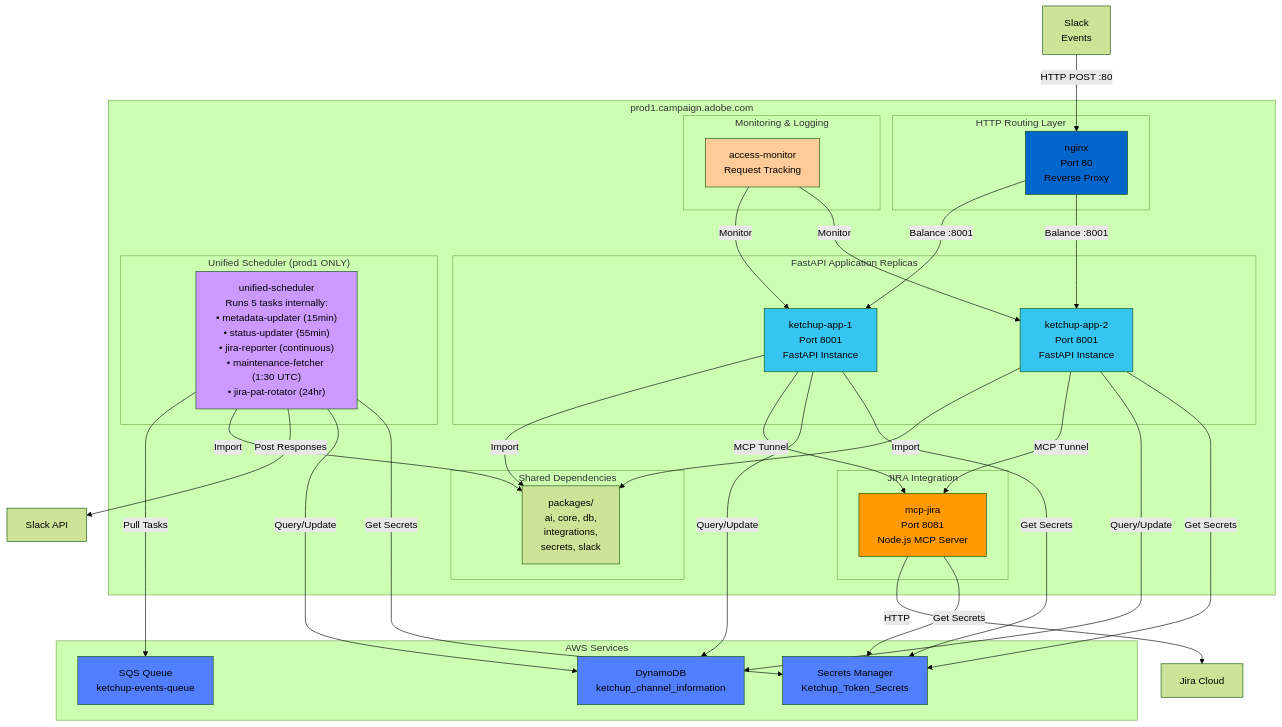
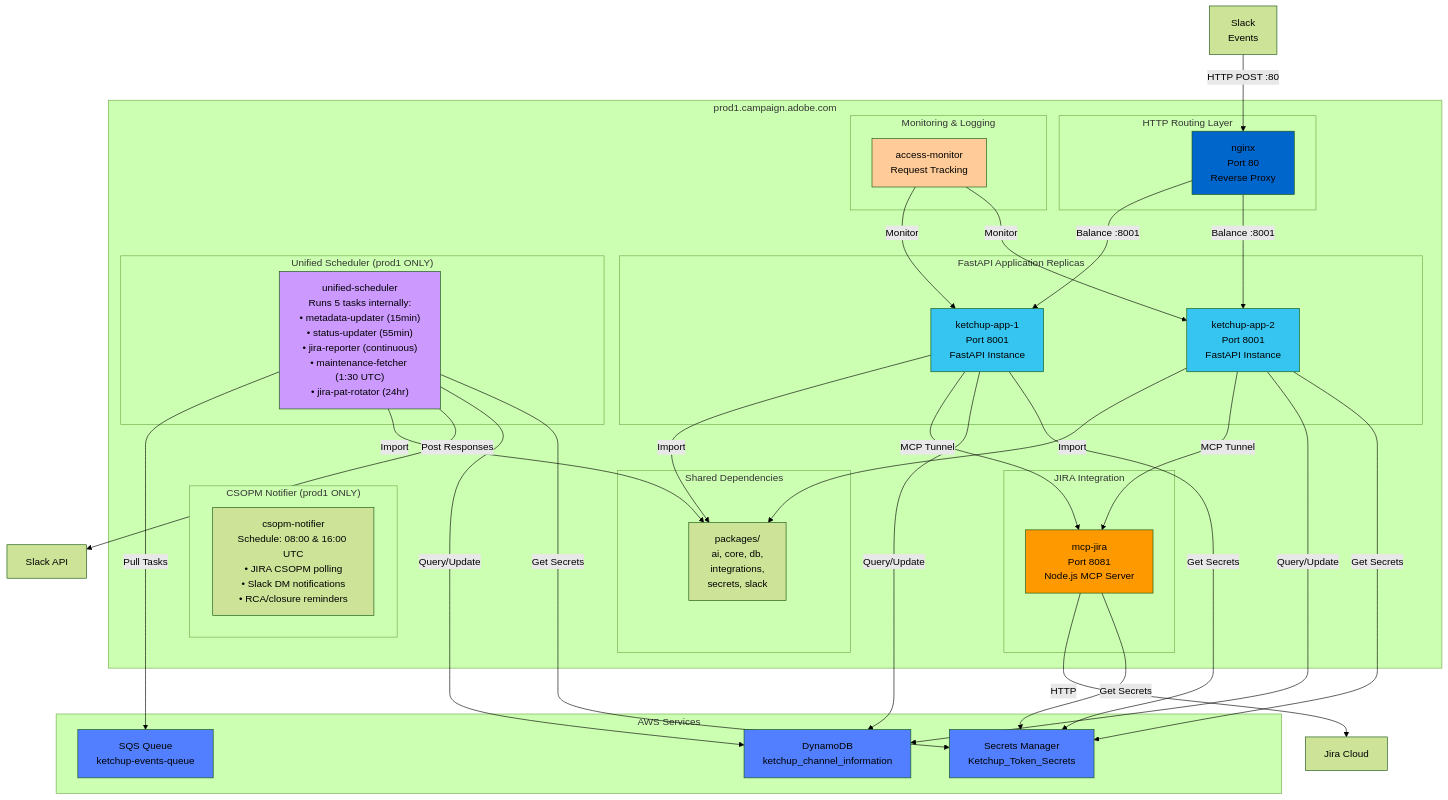
One commit to blueman82/mcp-exec changed the first of 5 diagrams in projects/ketchup/docs/diagrams/5-container-topology.md. Above: the diagram before and after it, drawn with Mermaid (forest theme).

Commit message:
Update documentation: 5-container-topology.md via Edit [2026-01-22 11:29]

````diff
--- a/projects/ketchup/docs/diagrams/5-container-topology.md
+++ b/projects/ketchup/docs/diagrams/5-container-topology.md
@@ -5,75 +5,79 @@
 ```mermaid
 graph TB
     subgraph "prod1.campaign.adobe.com"
         subgraph "HTTP Routing Layer"
             Nginx1["nginx<br/>Port 80<br/>Reverse Proxy"]
         end
 
         subgraph "FastAPI Application Replicas"
             App1["ketchup-app-1<br/>Port 8001<br/>FastAPI Instance"]
             App2["ketchup-app-2<br/>Port 8001<br/>FastAPI Instance"]
         end
 
         subgraph "JIRA Integration"
             MCP["mcp-jira<br/>Port 8081<br/>Node.js MCP Server"]
         end
 
         subgraph "Unified Scheduler (prod1 ONLY)"
             UnifiedScheduler["unified-scheduler<br/>Runs 5 tasks internally:<br/>• metadata-updater (15min)<br/>• status-updater (55min)<br/>• jira-reporter (continuous)<br/>• maintenance-fetcher (1:30 UTC)<br/>• jira-pat-rotator (24hr)"]
+        end
+
+        subgraph "CSOPM Notifier (prod1 ONLY)"
+            CSOPMNotifier["csopm-notifier<br/>Schedule: 08:00 & 16:00 UTC<br/>• JIRA CSOPM polling<br/>• Slack DM notifications<br/>• RCA/closure reminders"]
         end
 
         subgraph "Monitoring & Logging"
             AccessMonitor["access-monitor<br/>Request Tracking"]
         end
 
         subgraph "Shared Dependencies"
             Packages["packages/<br/>ai, core, db,<br/>integrations,<br/>secrets, slack"]
         end
     end
 
     subgraph "AWS Services"
         DDB["DynamoDB<br/>ketchup_channel_information"]
         Secrets["Secrets Manager<br/>Ketchup_Token_Secrets"]
         SQS["SQS Queue<br/>ketchup-events-queue"]
     end
 
     Input1["Slack<br/>Events"]
     Input1 -->|HTTP POST :80| Nginx1
 
     Nginx1 -->|Balance :8001| App1
     Nginx1 -->|Balance :8001| App2
 
     App1 -->|Import| Packages
     App2 -->|Import| Packages
 
     App1 -->|MCP Tunnel| MCP
     App2 -->|MCP Tunnel| MCP
 
     MCP -->|HTTP| JiraCloud["Jira Cloud"]
 
     UnifiedScheduler -->|Pull Tasks| SQS
     UnifiedScheduler -->|Import| Packages
     UnifiedScheduler -->|Post Responses| SlackAPI["Slack API"]
 
     App1 -->|Query/Update| DDB
     App2 -->|Query/Update| DDB
     UnifiedScheduler -->|Query/Update| DDB
 
     App1 -->|Get Secrets| Secrets
     App2 -->|Get Secrets| Secrets
     MCP -->|Get Secrets| Secrets
     UnifiedScheduler -->|Get Secrets| Secrets
 
     AccessMonitor -->|Monitor| App1
     AccessMonitor -->|Monitor| App2
 
     style Nginx1 fill:#0066cc
     style App1 fill:#36c5f0
     style App2 fill:#36c5f0
     style MCP fill:#ff9900
     style UnifiedScheduler fill:#cc99ff
     style AccessMonitor fill:#ffcc99
     style DDB fill:#527fff
     style Secrets fill:#527fff
     style SQS fill:#527fff
 ```
````
